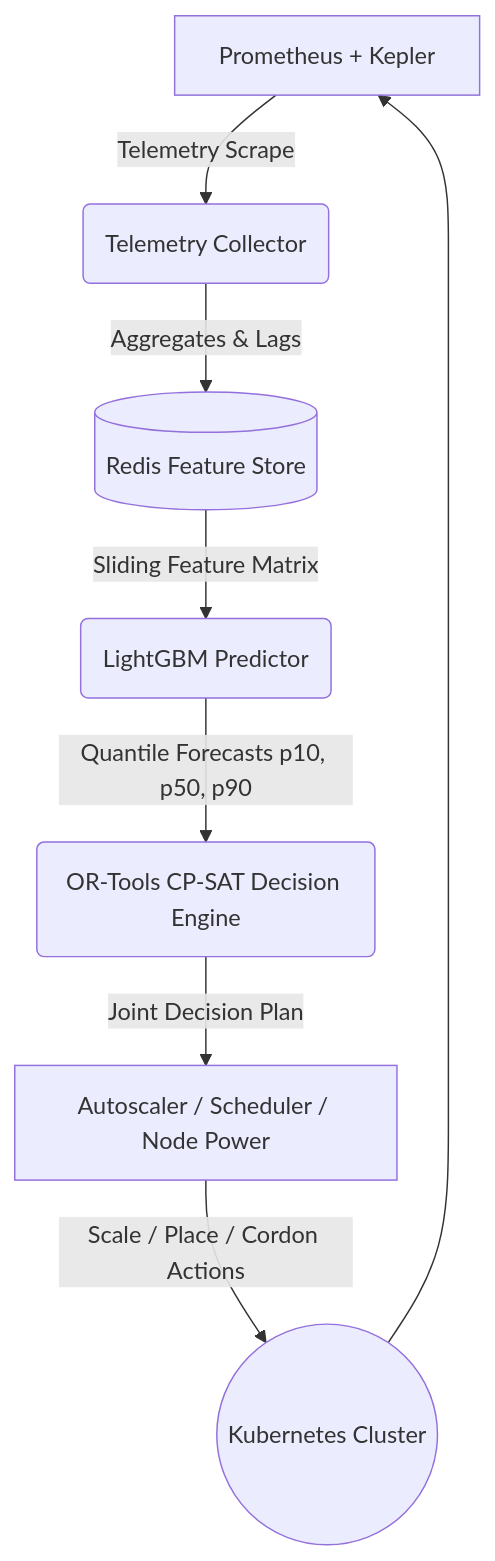
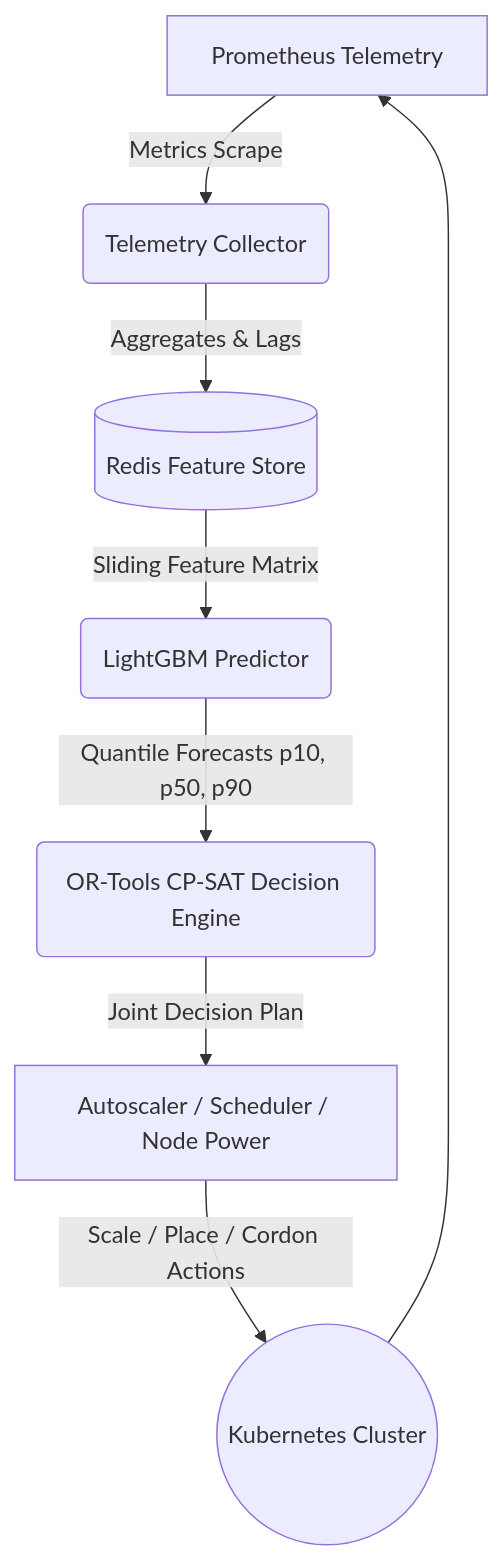
The diagram in README.md (yashlund05/aegis-cloud), drawn with Mermaid before and after one commit. The commit also changed other lines of this file and 25 other files, not shown here.

````diff
--- a/README.md
+++ b/README.md
@@ -12,10 +12,10 @@
 ```mermaid
 graph TD
-    A[Prometheus + Kepler] -->|Telemetry Scrape| B(Telemetry Collector)
+    A[Prometheus Telemetry] -->|Metrics Scrape| B(Telemetry Collector)
     B -->|Aggregates & Lags| C[(Redis Feature Store)]
     C -->|Sliding Feature Matrix| D(LightGBM Predictor)
     D -->|Quantile Forecasts p10, p50, p90| E(OR-Tools CP-SAT Decision Engine)
     E -->|Joint Decision Plan| F[Autoscaler / Scheduler / Node Power]
     F -->|Scale / Place / Cordon Actions| G((Kubernetes Cluster))
     G --> A
 ```
````
